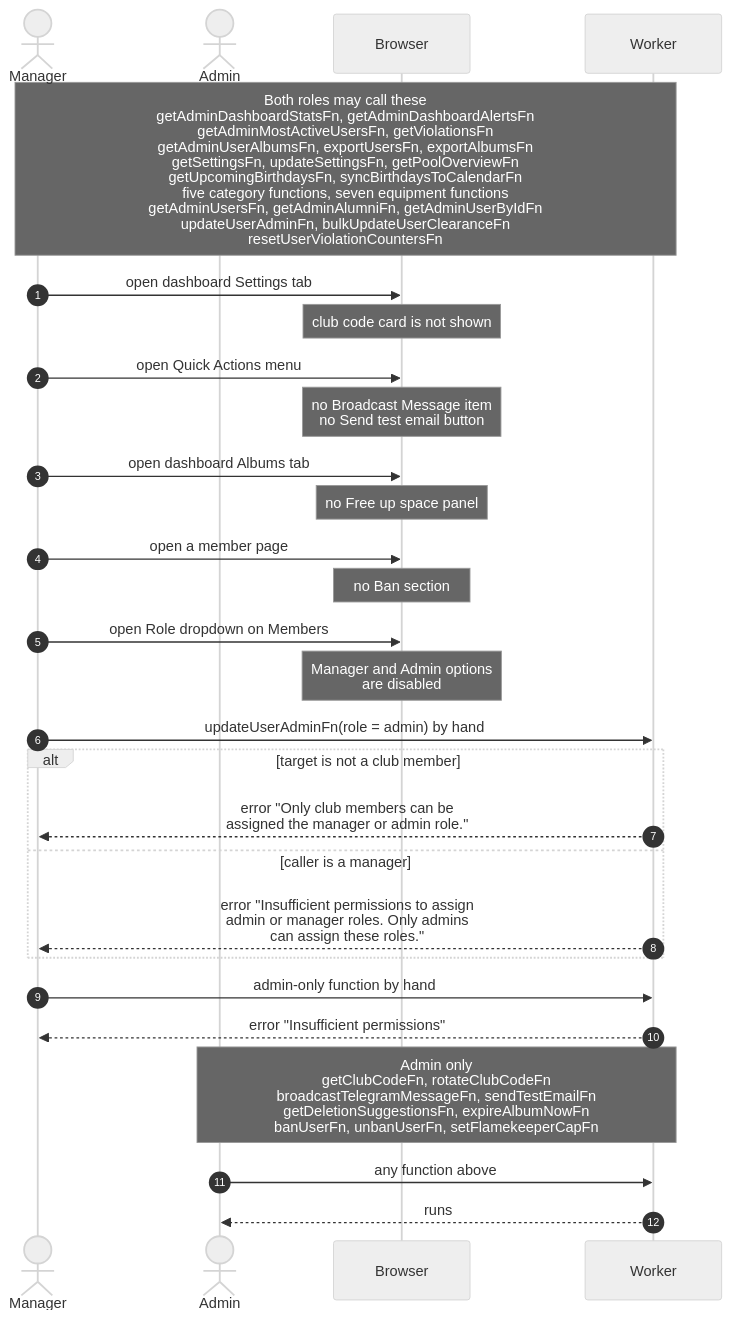
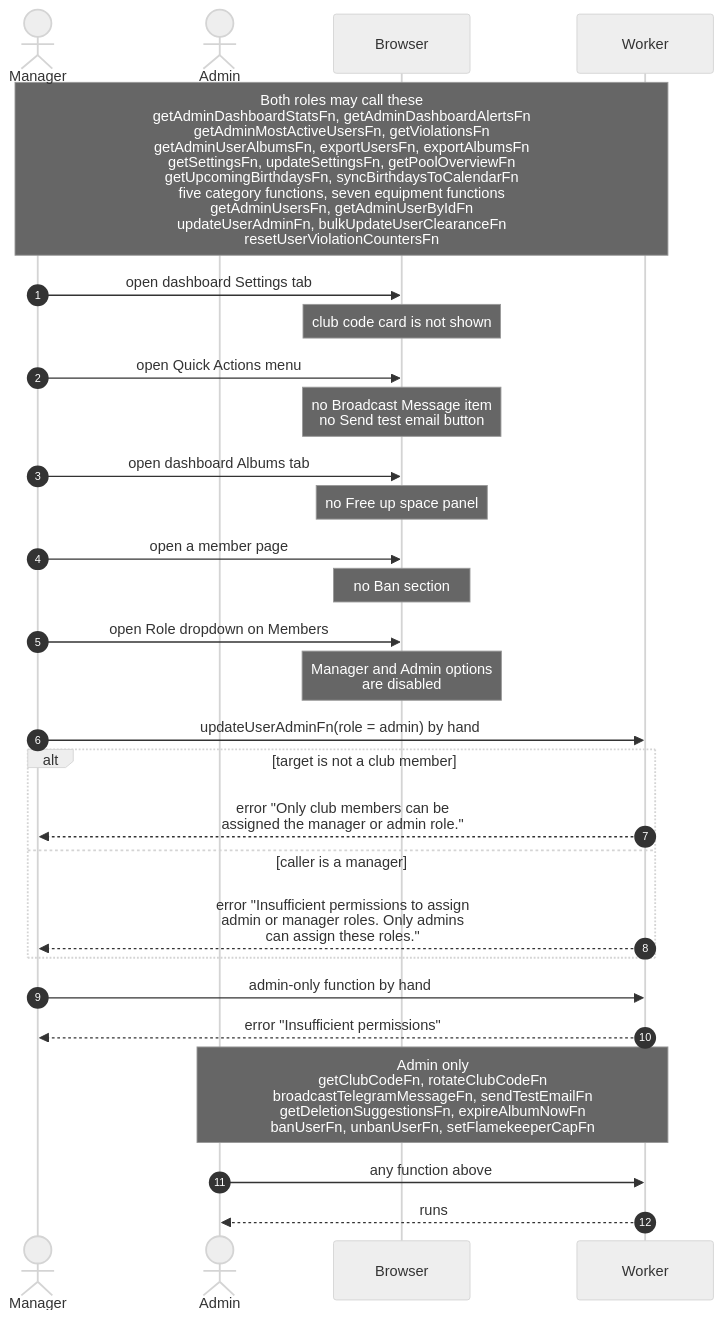
One commit to sagyzdop/meriksirat changed the diagram in docs/scenarios/admin/who-can-do-what.md. Above: the diagram before and after it, drawn with Mermaid (neutral theme). The commit also changed other lines of this file and 33 other files, not shown here.

First line of the commit message:
feat(admin): rename user management to member management

````diff
--- a/docs/scenarios/admin/who-can-do-what.md
+++ b/docs/scenarios/admin/who-can-do-what.md
@@ -13,31 +14,31 @@
 ```mermaid
 sequenceDiagram
     autonumber
     actor Manager as Manager
     actor Admin as Admin
     participant Browser
     participant Worker
 
-    Note over Manager,Worker: Both roles may call these<br/>getAdminDashboardStatsFn, getAdminDashboardAlertsFn<br/>getAdminMostActiveUsersFn, getViolationsFn<br/>getAdminUserAlbumsFn, exportUsersFn, exportAlbumsFn<br/>getSettingsFn, updateSettingsFn, getPoolOverviewFn<br/>getUpcomingBirthdaysFn, syncBirthdaysToCalendarFn<br/>five category functions, seven equipment functions<br/>getAdminUsersFn, getAdminAlumniFn, getAdminUserByIdFn<br/>updateUserAdminFn, bulkUpdateUserClearanceFn<br/>resetUserViolationCountersFn
+    Note over Manager,Worker: Both roles may call these<br/>getAdminDashboardStatsFn, getAdminDashboardAlertsFn<br/>getAdminMostActiveUsersFn, getViolationsFn<br/>getAdminUserAlbumsFn, exportUsersFn, exportAlbumsFn<br/>getSettingsFn, updateSettingsFn, getPoolOverviewFn<br/>getUpcomingBirthdaysFn, syncBirthdaysToCalendarFn<br/>five category functions, seven equipment functions<br/>getAdminUsersFn, getAdminUserByIdFn<br/>updateUserAdminFn, bulkUpdateUserClearanceFn<br/>resetUserViolationCountersFn
     Manager->>Browser: open dashboard Settings tab
     Note over Browser: club code card is not shown
     Manager->>Browser: open Quick Actions menu
     Note over Browser: no Broadcast Message item<br/>no Send test email button
     Manager->>Browser: open dashboard Albums tab
     Note over Browser: no Free up space panel
     Manager->>Browser: open a member page
     Note over Browser: no Ban section
     Manager->>Browser: open Role dropdown on Members
     Note over Browser: Manager and Admin options<br/>are disabled
     Manager->>Worker: updateUserAdminFn(role = admin) by hand
     alt target is not a club member
         Worker-->>Manager: error "Only club members can be<br/>assigned the manager or admin role."
     else caller is a manager
         Worker-->>Manager: error "Insufficient permissions to assign<br/>admin or manager roles. Only admins<br/>can assign these roles."
     end
     Manager->>Worker: admin-only function by hand
     Worker-->>Manager: error "Insufficient permissions"
     Note over Admin,Worker: Admin only<br/>getClubCodeFn, rotateClubCodeFn<br/>broadcastTelegramMessageFn, sendTestEmailFn<br/>getDeletionSuggestionsFn, expireAlbumNowFn<br/>banUserFn, unbanUserFn, setFlamekeeperCapFn
     Admin->>Worker: any function above
     Worker-->>Admin: runs
 ```
````
